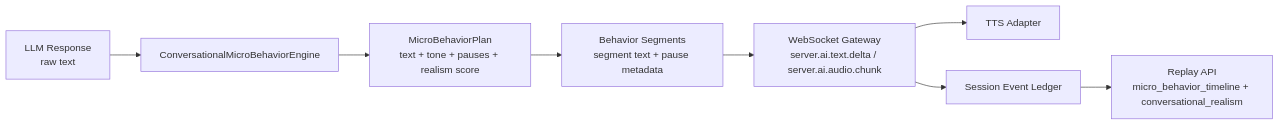
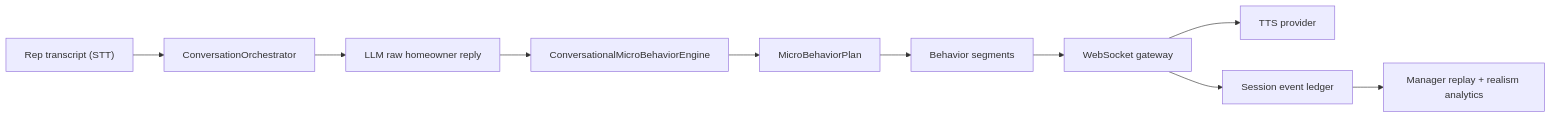
The diagram in CONVERSATIONAL_MICRO_BEHAVIORS_ENGINE.md (calelamb/doordrill), drawn with Mermaid before and after one commit. The commit also changed other lines of this file and 13 other files, not shown here.

````diff
--- a/CONVERSATIONAL_MICRO_BEHAVIORS_ENGINE.md
+++ b/CONVERSATIONAL_MICRO_BEHAVIORS_ENGINE.md
@@ -18,10 +18,12 @@
 ```mermaid
 flowchart LR
-    LLM["LLM Response\nraw text"] --> MB["ConversationalMicroBehaviorEngine"]
-    MB --> PLAN["MicroBehaviorPlan\ntext + tone + pauses + realism score"]
-    PLAN --> SEG["Behavior Segments\nsegment text + pause metadata"]
-    SEG --> WS["WebSocket Gateway\nserver.ai.text.delta / server.ai.audio.chunk"]
-    WS --> TTS["TTS Adapter"]
-    WS --> LEDGER["Session Event Ledger"]
-    LEDGER --> REPLAY["Replay API\nmicro_behavior_timeline + conversational_realism"]
+    REP["Rep transcript (STT)"] --> ORCH["ConversationOrchestrator"]
+    ORCH --> LLM["LLM raw homeowner reply"]
+    LLM --> MB["ConversationalMicroBehaviorEngine"]
+    MB --> PLAN["MicroBehaviorPlan"]
+    PLAN --> SEG["Behavior segments"]
+    SEG --> WS["WebSocket gateway"]
+    WS --> TTS["TTS provider"]
+    WS --> LEDGER["Session event ledger"]
+    LEDGER --> REPLAY["Manager replay + realism analytics"]
 ```
````
